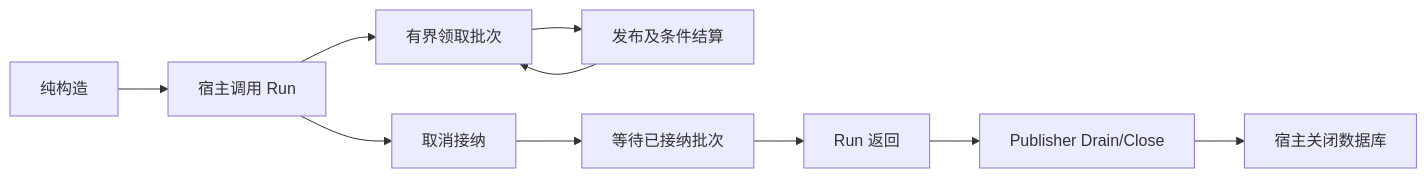
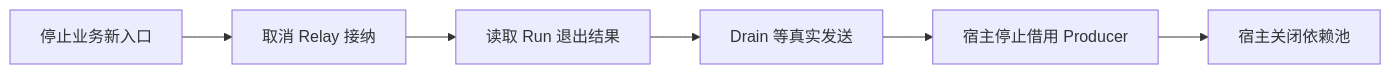
Before and after one commit to FangcunMount/reliable-messaging: the diagram in docs/01-核心设计/生命周期与恢复.md, drawn with Mermaid. The commit also changed other lines of this file, not shown here.

Commit message:
docs: explain owned resources drain and original intent recovery

````diff
--- a/docs/01-核心设计/生命周期与恢复.md
+++ b/docs/01-核心设计/生命周期与恢复.md
@@ -23,12 +70,8 @@
 ```mermaid
 flowchart LR
-  Construct[纯构造] --> Run[宿主调用 Run]
-  Run --> Scan[有界领取批次]
-  Scan --> Publish[发布及条件结算]
-  Publish --> Scan
-  Run --> Cancel[取消接纳]
-  Cancel --> Batch[等待已接纳批次]
-  Batch --> Return[Run 返回]
-  Return --> Driver[Publisher Drain/Close]
-  Driver --> DB[宿主关闭数据库]
+  Entry[停止业务新入口] --> Cancel[取消 Relay 接纳]
+  Cancel --> Run[读取 Run 退出结果]
+  Run --> Drain[Drain 等真实发送]
+  Drain --> Producer[宿主停止借用 Producer]
+  Producer --> Pool[宿主关闭依赖池]
 ```
````
